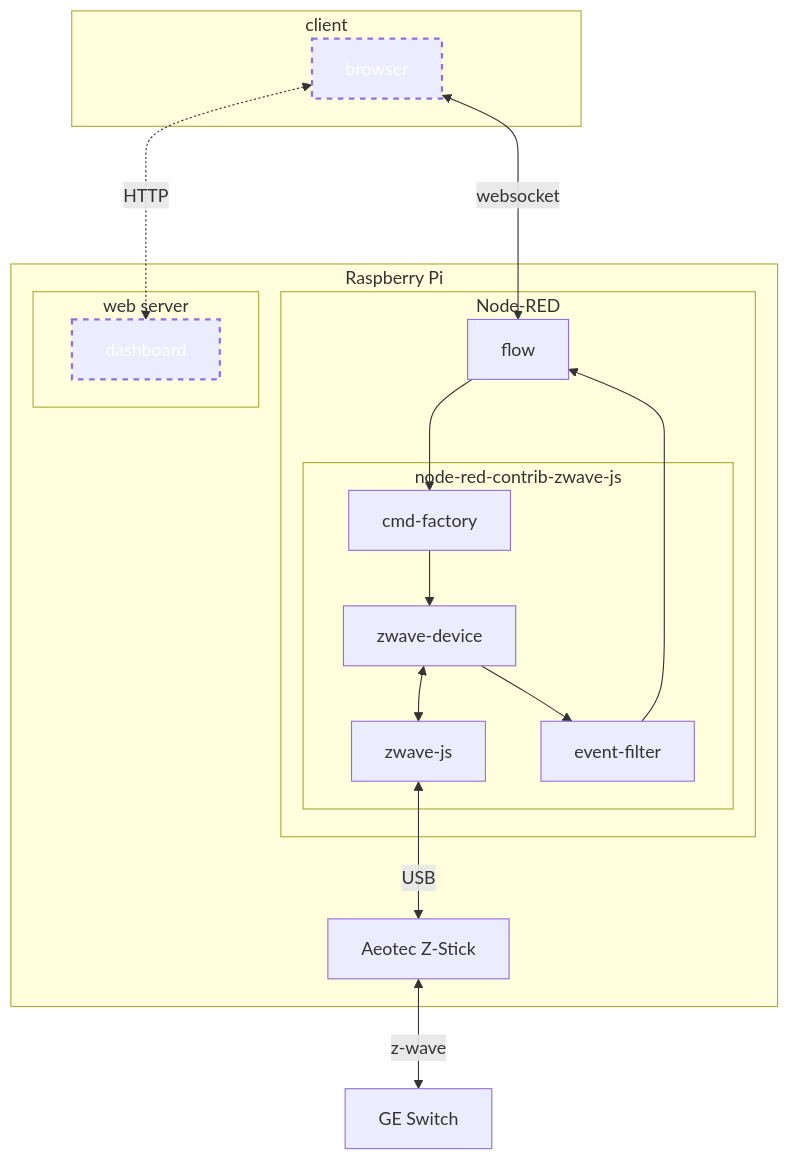
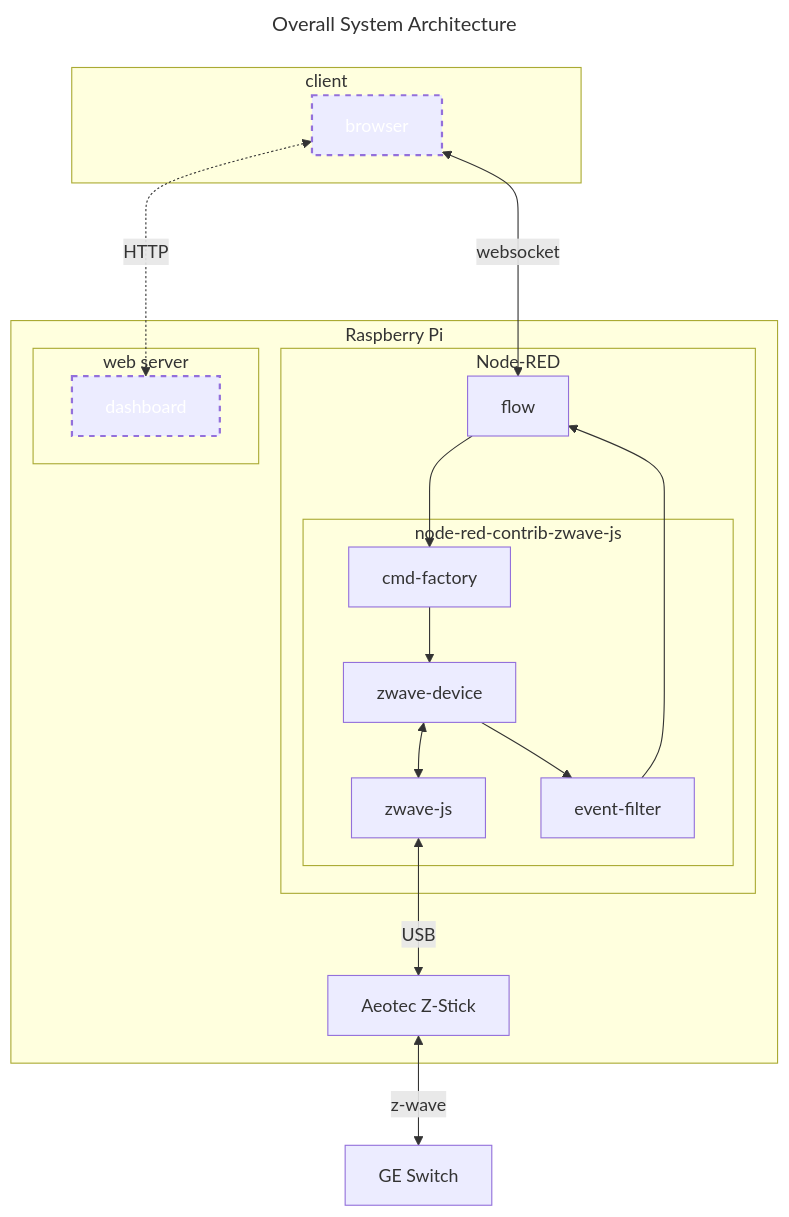
One commit to parasaurolophus/node-red-zwave-js-example changed the first of 2 diagrams in README.md. Above: the diagram before and after it, drawn with Mermaid. The commit also changed other lines of this file, not shown here.

````diff
--- a/README.md
+++ b/README.md
@@ -133,47 +145,50 @@
 ```mermaid
+---
+title: Overall System Architecture
+---
 graph TB
 
     switch[GE Switch]
 
     subgraph client
 
         browser
 
     end
 
     subgraph Raspberry Pi
 
         dongle[Aeotec Z-Stick]
 
         subgraph Node-RED
 
             flows[flow]
 
             subgraph node-red-contrib-zwave-js
                 controller[zwave-js]
                 device[zwave-device]
                 events[event-filter]
                 commands[cmd-factory]
             end
         end
 
         subgraph "web server"
 
             dashboard
 
         end
     end
 
     device <--> controller
     flows --> commands
     commands --> device
     events --> flows
     device --> events
     controller <-- USB --> dongle
     dongle <-- z-wave --> switch
     browser <-- websocket ---> flows
     browser <-. HTTP .-> dashboard
 
     classDef simulated stroke-width:2px,color:#fff,stroke-dasharray: 5 5
     class browser,dashboard simulated
 ```
````
